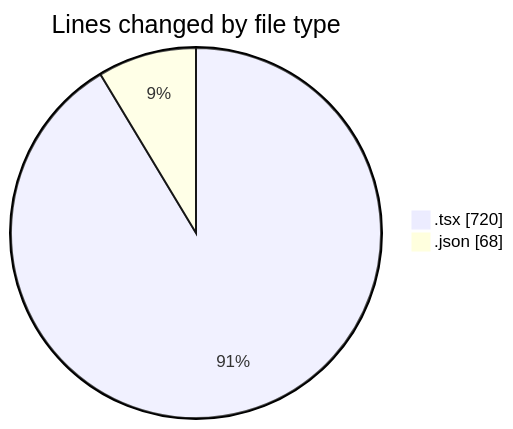
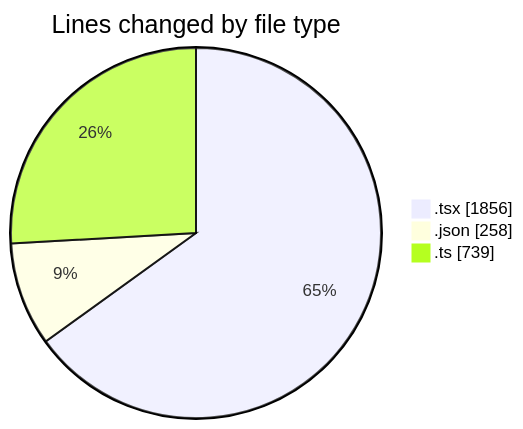
Before and after one commit to momahboobian/code-tracking: the first of 2 diagrams in 2026-05-12/cda/README.md, drawn with Mermaid. The commit also changed other lines of this file and 1 other file, not shown here.

````diff
--- a/2026-05-12/cda/README.md
+++ b/2026-05-12/cda/README.md
@@ -21,6 +33,7 @@
 ```mermaid
 pie showData
 title Lines changed by file type
-".tsx" : 720
-".json" : 68
+".tsx" : 1856
+".json" : 258
+".ts" : 739
 ```
````
